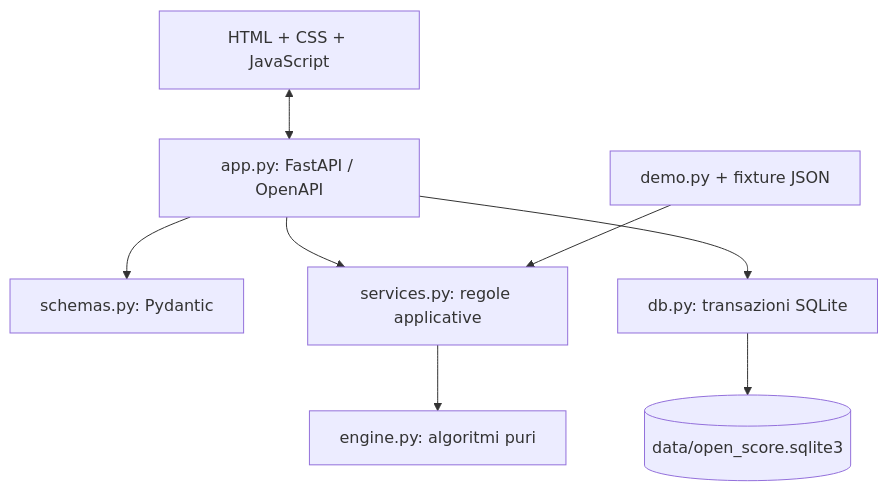
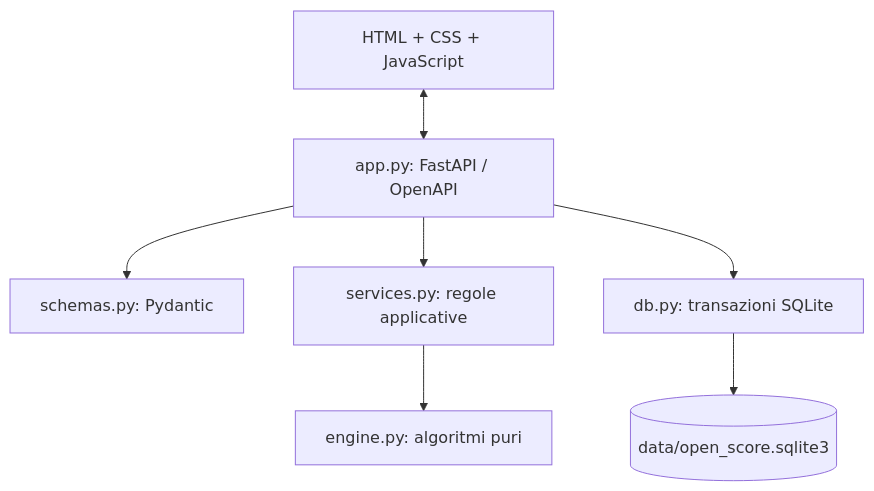
Before and after one commit to Leonardo-Lalli/Open-score: the diagram in docs/ARCHITECTURE.md, drawn with Mermaid. The commit also changed other lines of this file and 31 other files, not shown here.

````diff
--- a/docs/ARCHITECTURE.md
+++ b/docs/ARCHITECTURE.md
@@ -5,10 +5,9 @@
 ```mermaid
 flowchart TD
   UI[HTML + CSS + JavaScript] <--> HTTP[app.py: FastAPI / OpenAPI]
   HTTP --> Validation[schemas.py: Pydantic]
   HTTP --> Service[services.py: regole applicative]
   Service --> Engine[engine.py: algoritmi puri]
   HTTP --> DB[db.py: transazioni SQLite]
   DB --> Data[(data/open_score.sqlite3)]
-  Seed[demo.py + fixture JSON] --> Service
 ```
````
